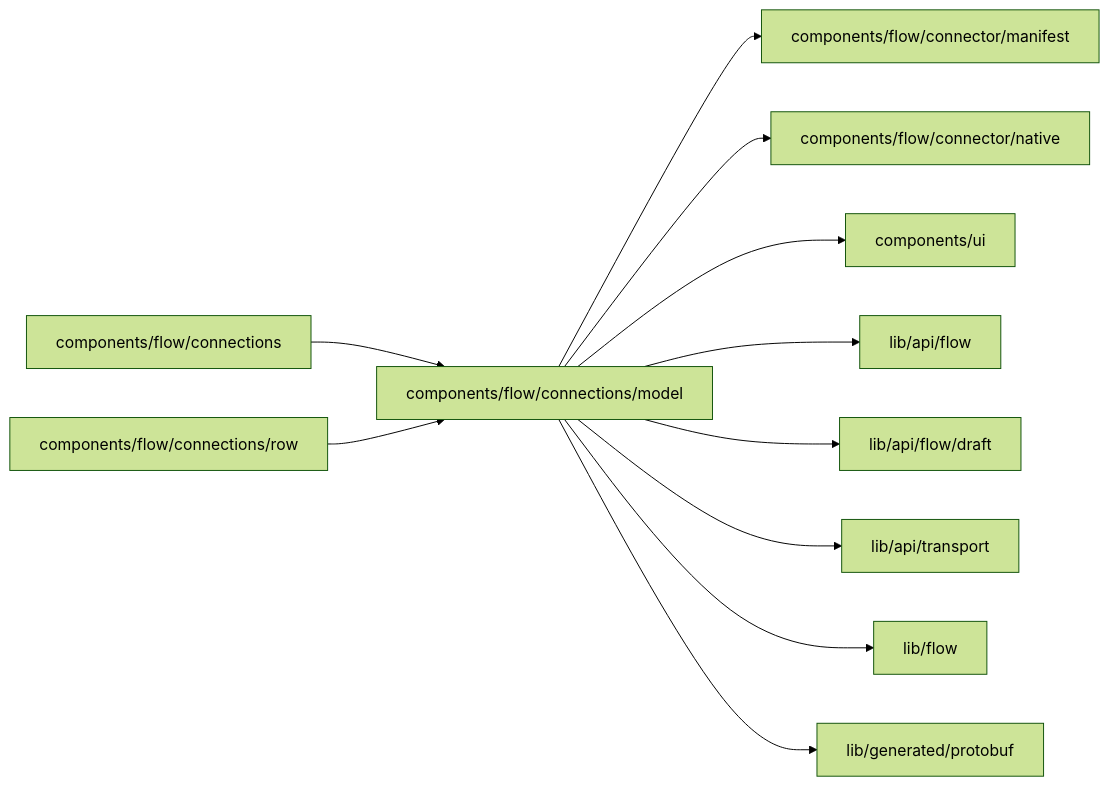
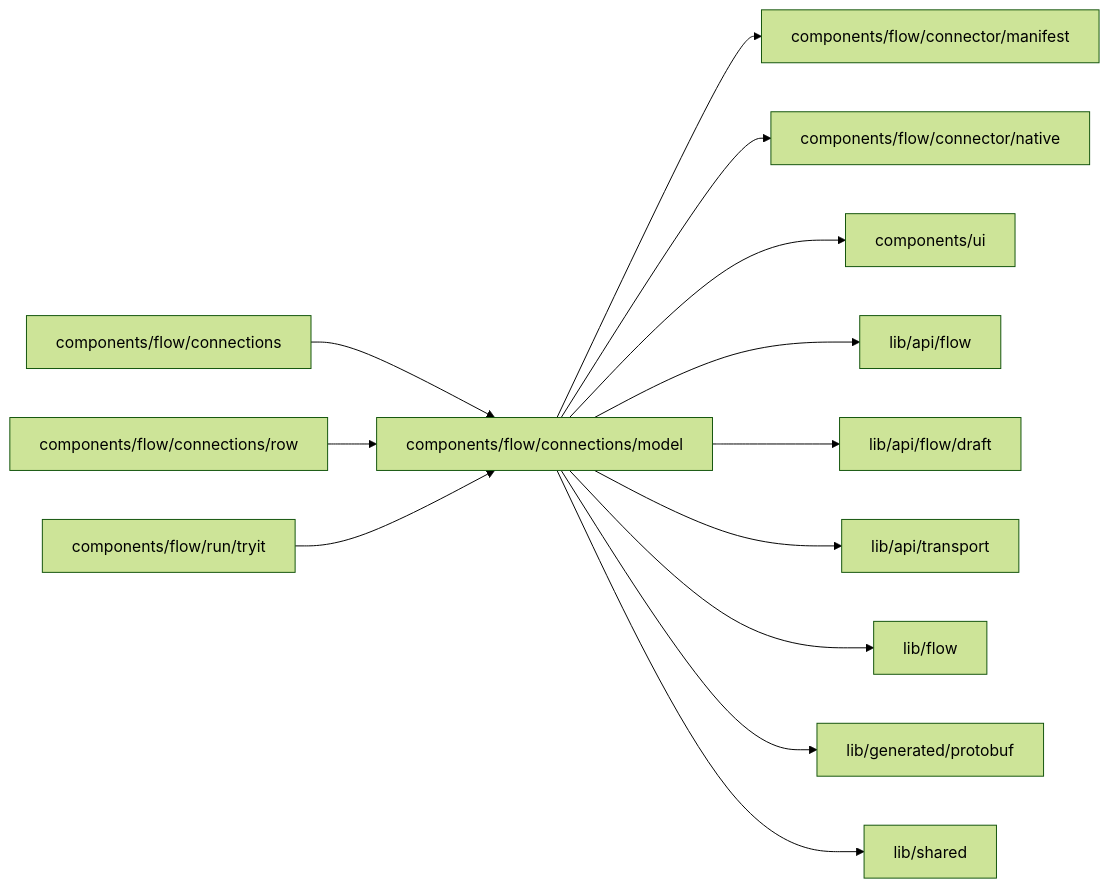
Before and after one commit to superdurable/superverse: the diagram in web/studio/components/flow/connections/model/README.md, drawn with Mermaid (forest theme). The commit also changed other lines of this file and 278 other files, not shown here.

````diff
--- a/web/studio/components/flow/connections/model/README.md
+++ b/web/studio/components/flow/connections/model/README.md
@@ -10,14 +10,16 @@
 ```mermaid
 flowchart LR
   self["components/flow/connections/model"]
   c0["components/flow/connections"] --> self
   c1["components/flow/connections/row"] --> self
+  c2["components/flow/run/tryit"] --> self
   self --> d0["components/flow/connector/manifest"]
   self --> d1["components/flow/connector/native"]
   self --> d2["components/ui"]
   self --> d3["lib/api/flow"]
   self --> d4["lib/api/flow/draft"]
   self --> d5["lib/api/transport"]
   self --> d6["lib/flow"]
   self --> d7["lib/generated/protobuf"]
+  self --> d8["lib/shared"]
 ```
````
